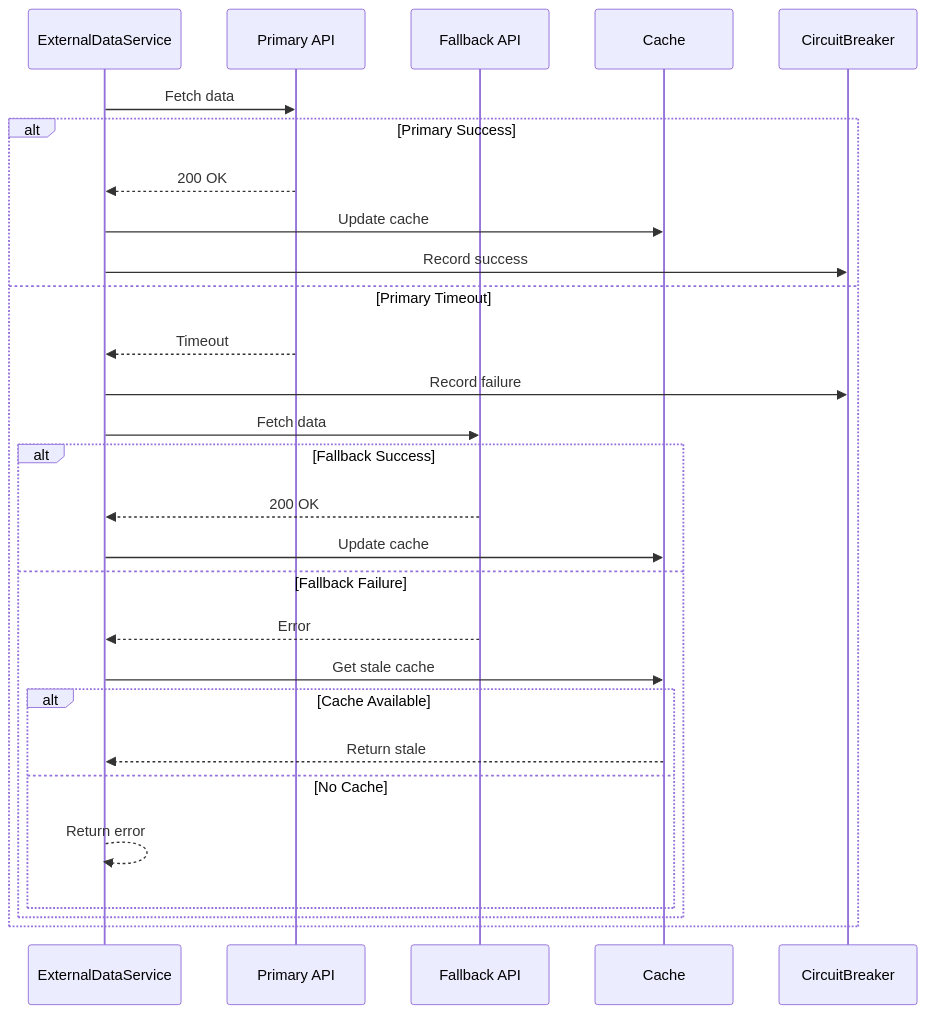
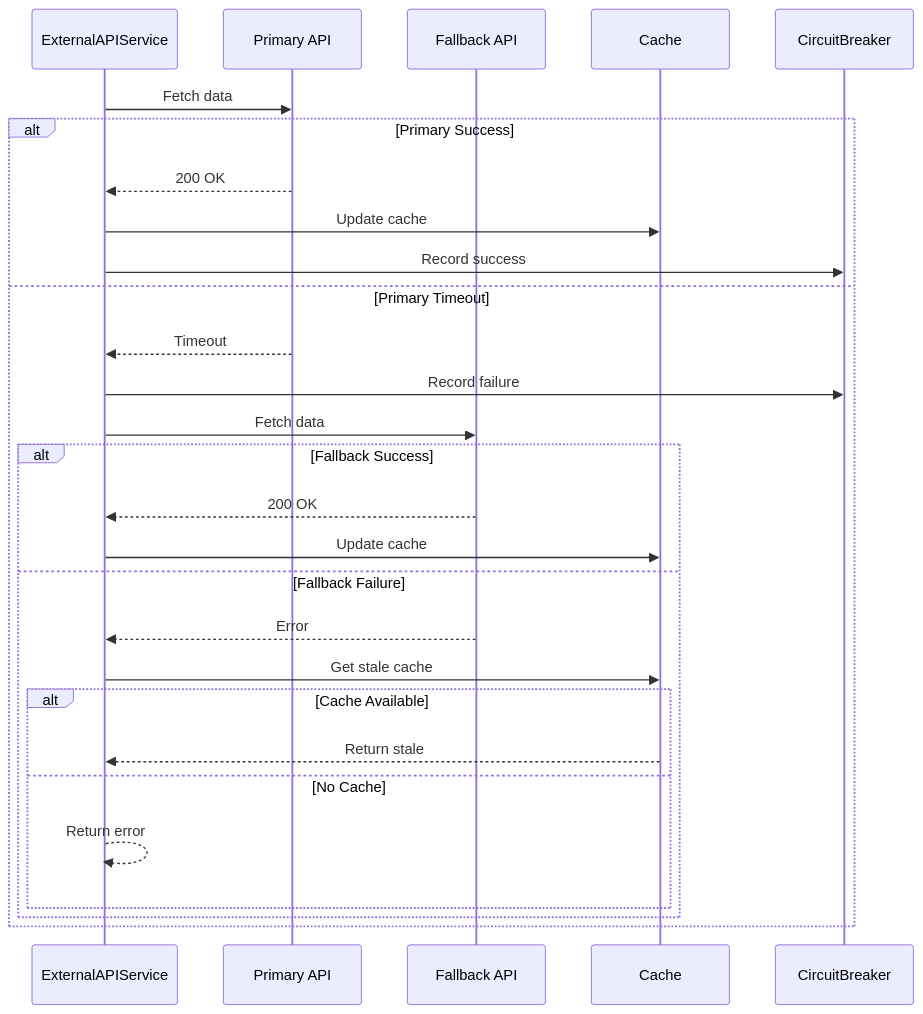
One commit to exatfrds67/umamusume-career-planner changed the second of 2 diagrams in docs/01-sequences/SEQ-007_External_Data_Sync.md. Above: the diagram before and after it, drawn with Mermaid. The commit also changed other lines of this file and 58 other files, not shown here.

Commit message:
docs(flow): fix markdownlint errors in diagrams, flows, sequences, tech-flow, user-flows, and wireframes

````diff
--- a/docs/01-sequences/SEQ-007_External_Data_Sync.md
+++ b/docs/01-sequences/SEQ-007_External_Data_Sync.md
@@ -764,34 +764,34 @@
 ```mermaid
 sequenceDiagram
-    participant Service as ExternalDataService
+    participant Service as ExternalAPIService
     participant Primary as Primary API
     participant Fallback as Fallback API
     participant Cache
     participant Circuit as CircuitBreaker
 
     Service->>Primary: Fetch data
     
     alt Primary Success
         Primary-->>Service: 200 OK
         Service->>Cache: Update cache
         Service->>Circuit: Record success
     else Primary Timeout
         Primary-->>Service: Timeout
         Service->>Circuit: Record failure
         Service->>Fallback: Fetch data
         
         alt Fallback Success
             Fallback-->>Service: 200 OK
             Service->>Cache: Update cache
         else Fallback Failure
             Fallback-->>Service: Error
             Service->>Cache: Get stale cache
             
             alt Cache Available
                 Cache-->>Service: Return stale
             else No Cache
                 Service-->>Service: Return error
             end
         end
     end
 ```
````
